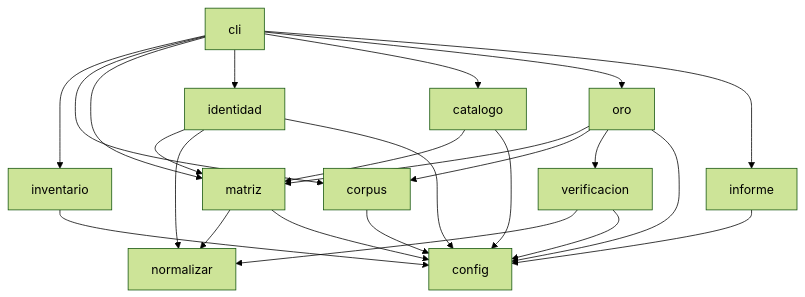
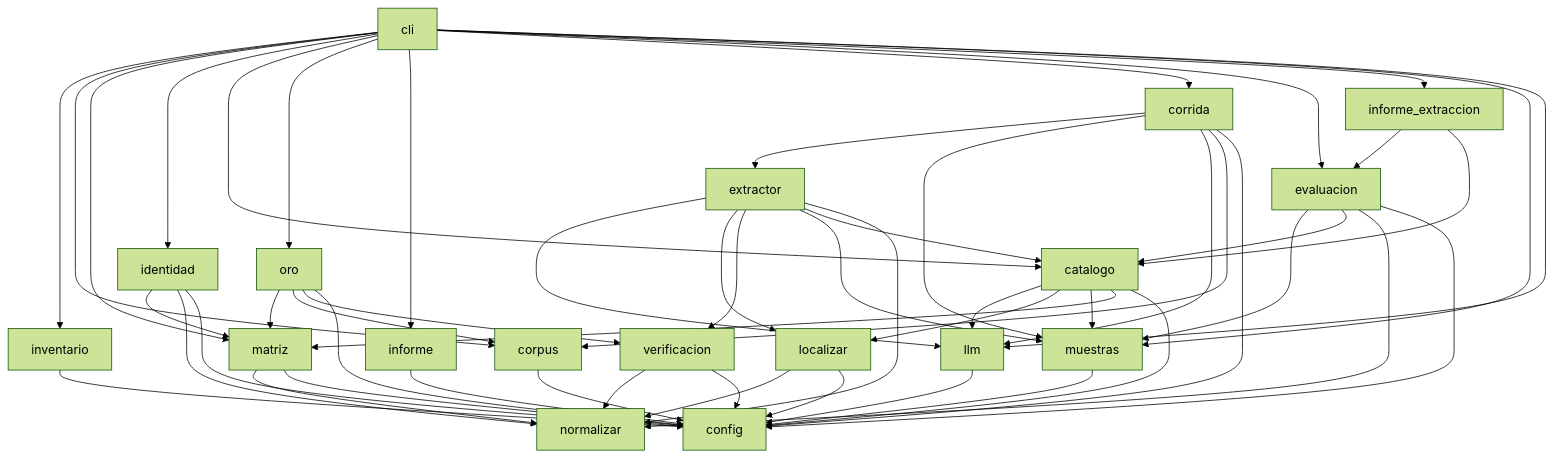
One commit to hashernom/pipeline-pdf-contables changed the third of 10 diagrams in docs/arquitectura/uml.md. Above: the diagram before and after it, drawn with Mermaid (forest theme). The commit also changed other lines of this file and 3 other files, not shown here.

````diff
--- a/docs/arquitectura/uml.md
+++ b/docs/arquitectura/uml.md
@@ -89,26 +100,55 @@
 ```mermaid
 flowchart TD
     cli --> inventario
     cli --> corpus
     cli --> matriz
     cli --> identidad
     cli --> catalogo
     cli --> oro
     cli --> informe
+    cli --> corrida
+    cli --> evaluacion
+    cli --> informe_extraccion
+    cli --> muestras
+    cli --> llm
+    corrida --> extractor
+    corrida --> muestras
+    corrida --> llm
+    corrida --> corpus
+    extractor --> llm
+    extractor --> localizar
+    extractor --> verificacion
+    extractor --> muestras
+    extractor --> catalogo
+    extractor --> normalizar
+    catalogo --> llm
+    catalogo --> localizar
+    catalogo --> muestras
+    evaluacion --> muestras
+    evaluacion --> catalogo
+    evaluacion --> normalizar
+    informe_extraccion --> evaluacion
+    informe_extraccion --> catalogo
+    localizar --> normalizar
     oro --> matriz
     oro --> corpus
     oro --> verificacion
     identidad --> matriz
     identidad --> normalizar
     catalogo --> matriz
     matriz --> normalizar
     verificacion --> normalizar
     inventario --> config
     corpus --> config
     matriz --> config
     identidad --> config
     catalogo --> config
     oro --> config
     informe --> config
     verificacion --> config
+    llm --> config
+    localizar --> config
+    muestras --> config
+    corrida --> config
+    evaluacion --> config
 ```
````
